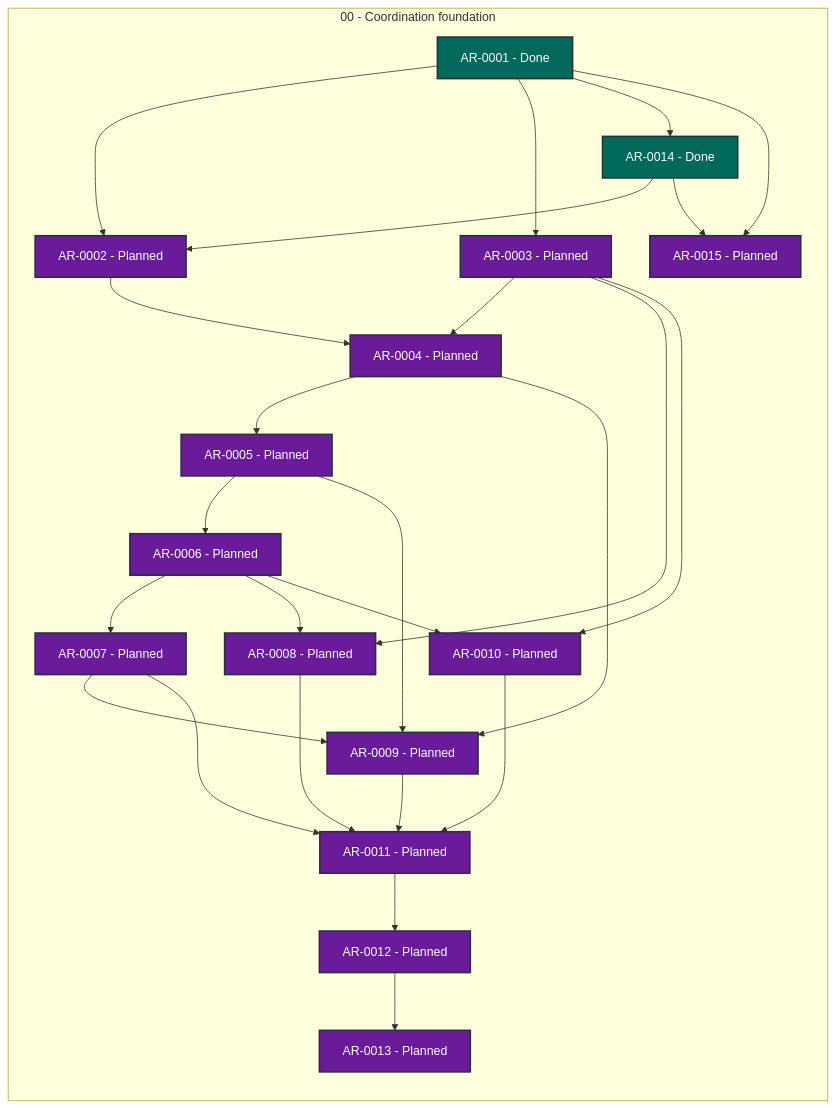
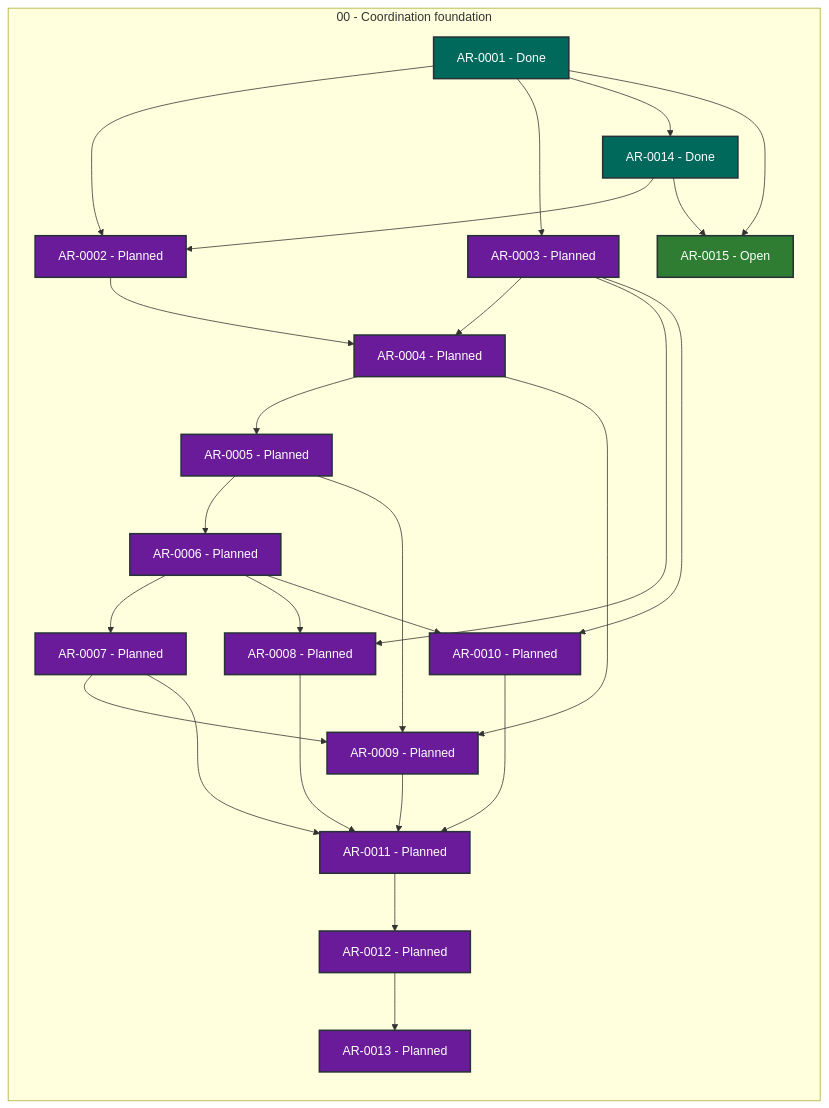
One commit to martin-beck/agent-workflow-tui-state changed the diagram in STATUS.md. Above: the diagram before and after it, drawn with Mermaid. The commit also changed other lines of this file and 2 other files, not shown here.

````diff
--- a/STATUS.md
+++ b/STATUS.md
@@ -27,53 +27,53 @@
 ```mermaid
 flowchart LR
     subgraph series_00["00 - Coordination foundation"]
         direction TB
         AR_0001["AR-0001 - Done"]:::status_done
         AR_0002["AR-0002 - Planned"]:::status_planned
         AR_0003["AR-0003 - Planned"]:::status_planned
         AR_0004["AR-0004 - Planned"]:::status_planned
         AR_0005["AR-0005 - Planned"]:::status_planned
         AR_0006["AR-0006 - Planned"]:::status_planned
         AR_0007["AR-0007 - Planned"]:::status_planned
         AR_0008["AR-0008 - Planned"]:::status_planned
         AR_0009["AR-0009 - Planned"]:::status_planned
         AR_0010["AR-0010 - Planned"]:::status_planned
         AR_0011["AR-0011 - Planned"]:::status_planned
         AR_0012["AR-0012 - Planned"]:::status_planned
         AR_0013["AR-0013 - Planned"]:::status_planned
         AR_0014["AR-0014 - Done"]:::status_done
-        AR_0015["AR-0015 - Planned"]:::status_planned
+        AR_0015["AR-0015 - Open"]:::status_open
     end
     AR_0001 --> AR_0002
     AR_0001 --> AR_0003
     AR_0001 --> AR_0014
     AR_0001 --> AR_0015
     AR_0002 --> AR_0004
     AR_0003 --> AR_0004
     AR_0003 --> AR_0008
     AR_0003 --> AR_0010
     AR_0004 --> AR_0005
     AR_0004 --> AR_0009
     AR_0005 --> AR_0006
     AR_0005 --> AR_0009
     AR_0006 --> AR_0007
     AR_0006 --> AR_0008
     AR_0006 --> AR_0010
     AR_0007 --> AR_0009
     AR_0007 --> AR_0011
     AR_0008 --> AR_0011
     AR_0009 --> AR_0011
     AR_0010 --> AR_0011
     AR_0011 --> AR_0012
     AR_0012 --> AR_0013
     AR_0014 --> AR_0002
     AR_0014 --> AR_0015
     classDef status_in_progress fill:#1565c0,color:#ffffff,stroke:#263238,stroke-width:2px
     classDef status_open fill:#2e7d32,color:#ffffff,stroke:#263238,stroke-width:2px
     classDef status_blocked fill:#c62828,color:#ffffff,stroke:#263238,stroke-width:2px
     classDef status_planned fill:#6a1b9a,color:#ffffff,stroke:#263238,stroke-width:2px
     classDef status_future fill:#455a64,color:#ffffff,stroke:#263238,stroke-width:2px
     classDef status_done fill:#00695c,color:#ffffff,stroke:#263238,stroke-width:2px
     classDef status_cancelled fill:#616161,color:#ffffff,stroke:#263238,stroke-width:2px
     classDef status_superseded fill:#5d4037,color:#ffffff,stroke:#263238,stroke-width:2px
 ```
````
